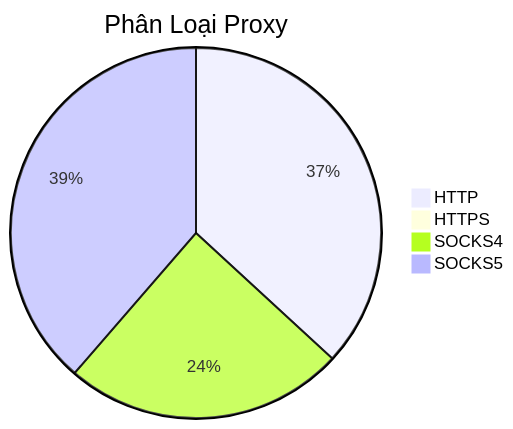
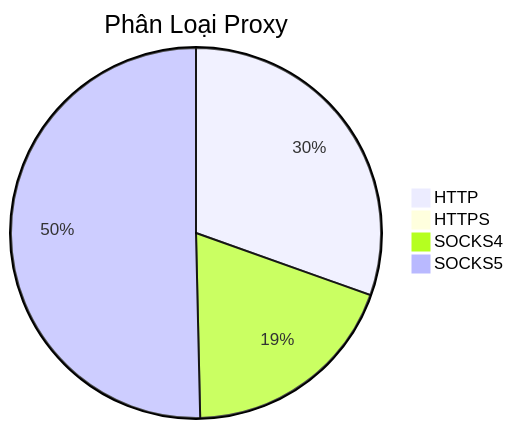
Before and after one commit to Ciara-Aa/PROXY-free: the diagram in README.md, drawn with Mermaid. The commit also changed other lines of this file and 4 other files, not shown here.

````diff
--- a/README.md
+++ b/README.md
@@ -26,7 +26,7 @@
 ```mermaid
 pie title Phân Loại Proxy
-    "HTTP" : 538
-    "HTTPS" : 2
-    "SOCKS4" : 358
-    "SOCKS5" : 564
+    "HTTP" : 547
+    "HTTPS" : 4
+    "SOCKS4" : 345
+    "SOCKS5" : 905
 ```
````
